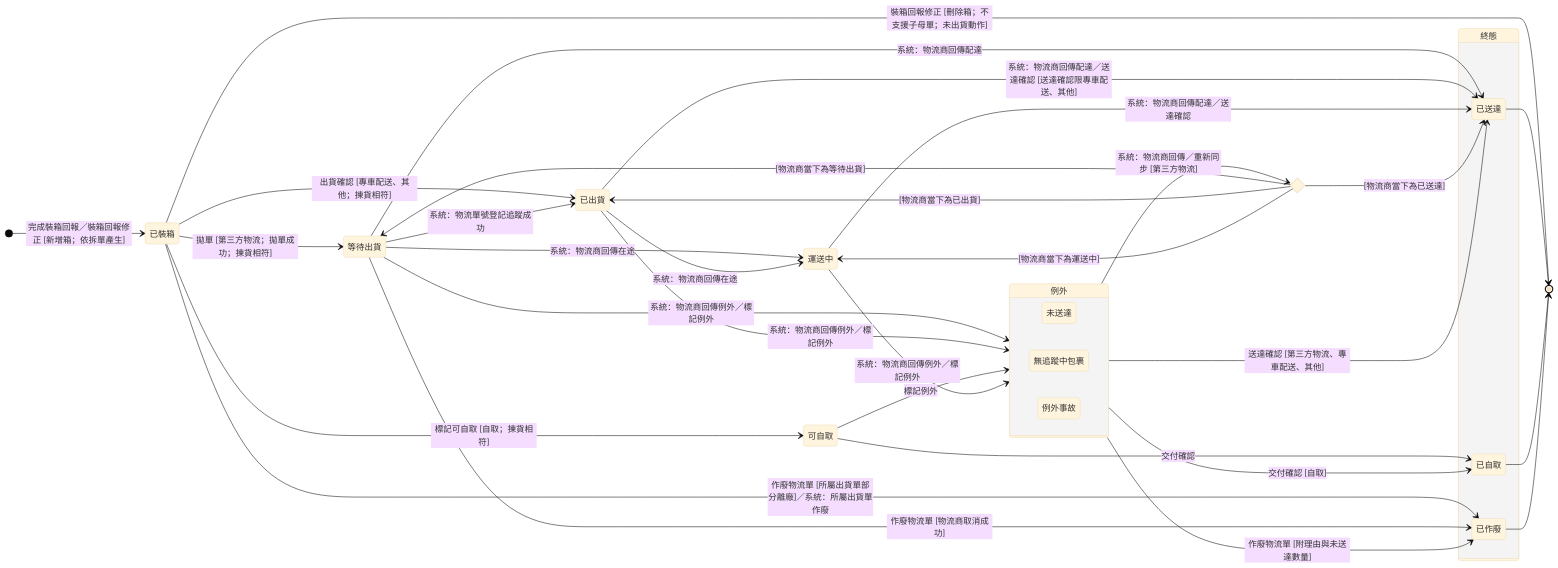
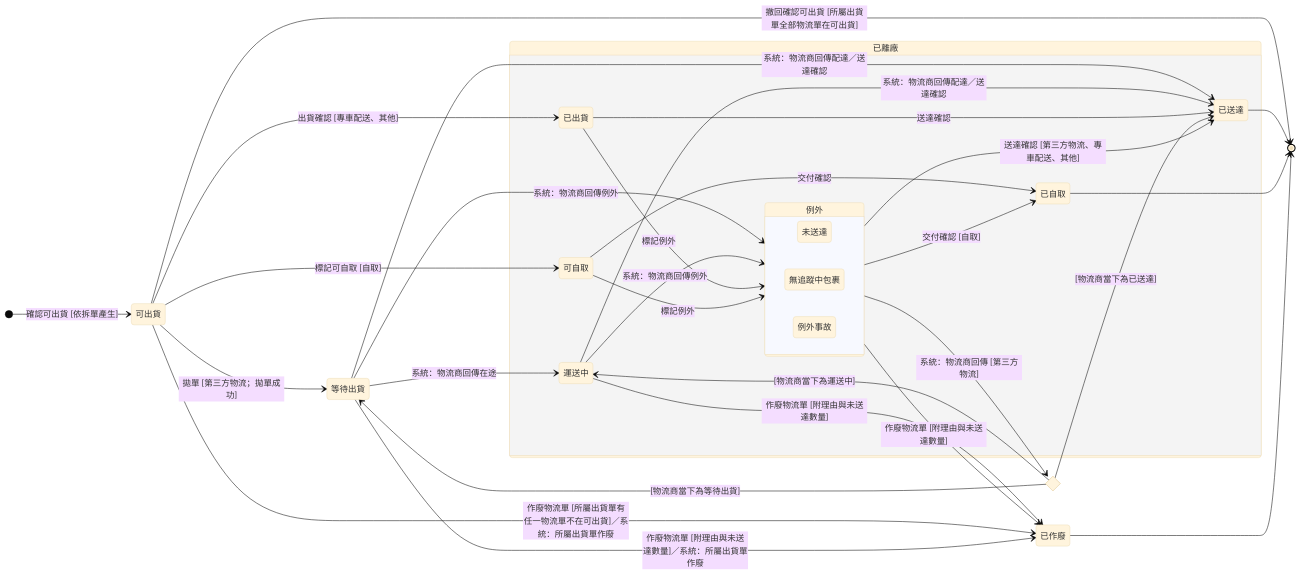
One commit to Kawato-Miles/erp-spec changed the diagram in memory/Sens_wiki/wiki/erp/06-state-machines/物流單狀態.md. Above: the diagram before and after it, drawn with Mermaid (base theme). The commit also changed other lines of this file and 38 other files, not shown here.

````diff
--- a/memory/Sens_wiki/wiki/erp/06-state-machines/物流單狀態.md
+++ b/memory/Sens_wiki/wiki/erp/06-state-machines/物流單狀態.md
@@ -59,58 +61,55 @@
 ```mermaid
 stateDiagram-v2
     direction LR
 
-    state "已裝箱" as s_packed
+    state "可出貨" as s_ready
     state "等待出貨" as s_waiting
-    state "已出貨" as s_shipped
-    state "可自取" as s_ready
-    state "運送中" as s_transit
 
-    [*] --> s_packed : 完成裝箱回報／裝箱回報修正 [新增箱；依拆單產生]
+    [*] --> s_ready : 確認可出貨 [依拆單產生]
 
-    state "例外" as Exc {
+    state "已離廠" as Left {
         direction LR
-        state "未送達" as e_undelivered
-        state "無追蹤中包裹" as e_untracked
-        state "例外事故" as e_incident
+        state "已出貨" as s_shipped
+        state "可自取" as s_pickup
+        state "運送中" as s_transit
+        state "已送達" as s_arrived
+        state "已自取" as s_picked
+        state "例外" as Exc {
+            direction LR
+            state "未送達" as e_undelivered
+            state "無追蹤中包裹" as e_untracked
+            state "例外事故" as e_incident
+        }
     }
 
-    state "終態" as Final {
-        direction LR
-        state "已送達" as s_arrived
-        state "已自取" as s_picked
-        state "已作廢" as s_void
-    }
-
+    state "已作廢" as s_void
     state sync <<choice>>
 
-    s_packed --> [*] : 裝箱回報修正 [刪除箱；不支援子母單；未出貨動作]
-    s_packed --> s_waiting : 拋單 [第三方物流；拋單成功；揀貨相符]
-    s_packed --> s_shipped : 出貨確認 [專車配送、其他；揀貨相符]
-    s_packed --> s_ready : 標記可自取 [自取；揀貨相符]
-    s_waiting --> s_shipped : 系統：物流單號登記追蹤成功
+    s_ready --> [*] : 撤回確認可出貨 [所屬出貨單全部物流單在可出貨]
+    s_ready --> s_waiting : 拋單 [第三方物流；拋單成功]
+    s_ready --> s_shipped : 出貨確認 [專車配送、其他]
+    s_ready --> s_pickup : 標記可自取 [自取]
     s_waiting --> s_transit : 系統：物流商回傳在途
-    s_shipped --> s_transit : 系統：物流商回傳在途
-    s_waiting --> s_arrived : 系統：物流商回傳配達
-    s_shipped --> s_arrived : 系統：物流商回傳配達／送達確認 [送達確認限專車配送、其他]
+    s_waiting --> s_arrived : 系統：物流商回傳配達／送達確認
     s_transit --> s_arrived : 系統：物流商回傳配達／送達確認
-    s_ready --> s_picked : 交付確認
-    s_waiting --> Exc : 系統：物流商回傳例外／標記例外
-    s_shipped --> Exc : 系統：物流商回傳例外／標記例外
-    s_ready --> Exc : 標記例外
-    s_transit --> Exc : 系統：物流商回傳例外／標記例外
-    Exc --> sync : 系統：物流商回傳／重新同步 [第三方物流]
+    s_shipped --> s_arrived : 送達確認
+    s_pickup --> s_picked : 交付確認
+    s_waiting --> Exc : 系統：物流商回傳例外
+    s_transit --> Exc : 系統：物流商回傳例外
+    s_shipped --> Exc : 標記例外
+    s_pickup --> Exc : 標記例外
+    Exc --> sync : 系統：物流商回傳 [第三方物流]
     sync --> s_waiting : [物流商當下為等待出貨]
-    sync --> s_shipped : [物流商當下為已出貨]
     sync --> s_transit : [物流商當下為運送中]
     sync --> s_arrived : [物流商當下為已送達]
     Exc --> s_arrived : 送達確認 [第三方物流、專車配送、其他]
     Exc --> s_picked : 交付確認 [自取]
     Exc --> s_void : 作廢物流單 [附理由與未送達數量]
-    s_packed --> s_void : 作廢物流單 [所屬出貨單部分離廠]／系統：所屬出貨單作廢
-    s_waiting --> s_void : 作廢物流單 [物流商取消成功]
+    s_ready --> s_void : 作廢物流單 [所屬出貨單有任一物流單不在可出貨]／系統：所屬出貨單作廢
+    s_waiting --> s_void : 作廢物流單 [附理由與未送達數量]／系統：所屬出貨單作廢
+    s_transit --> s_void : 作廢物流單 [附理由與未送達數量]
 
     s_arrived --> [*]
     s_picked --> [*]
     s_void --> [*]
 ```
````
